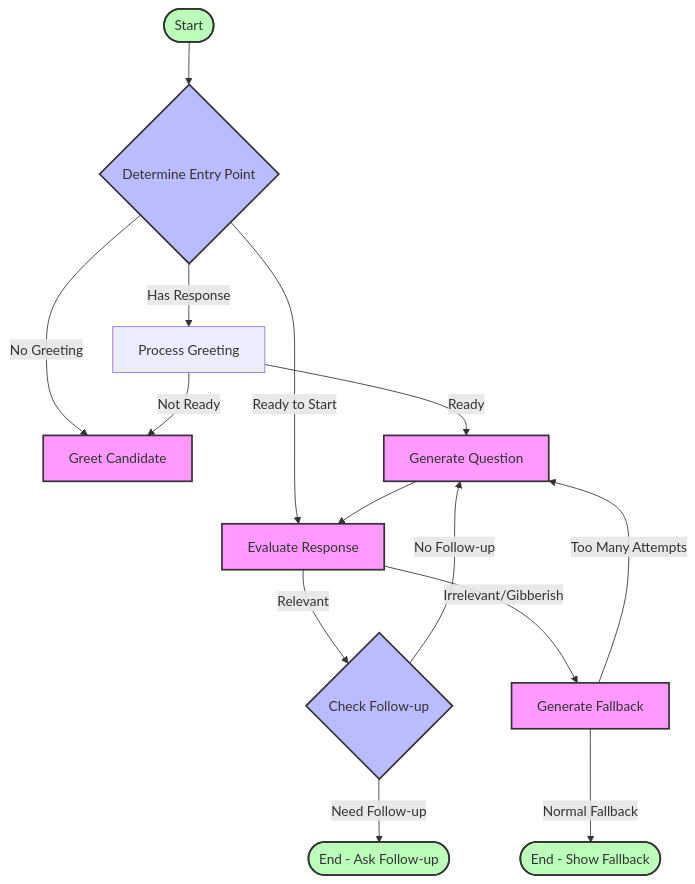
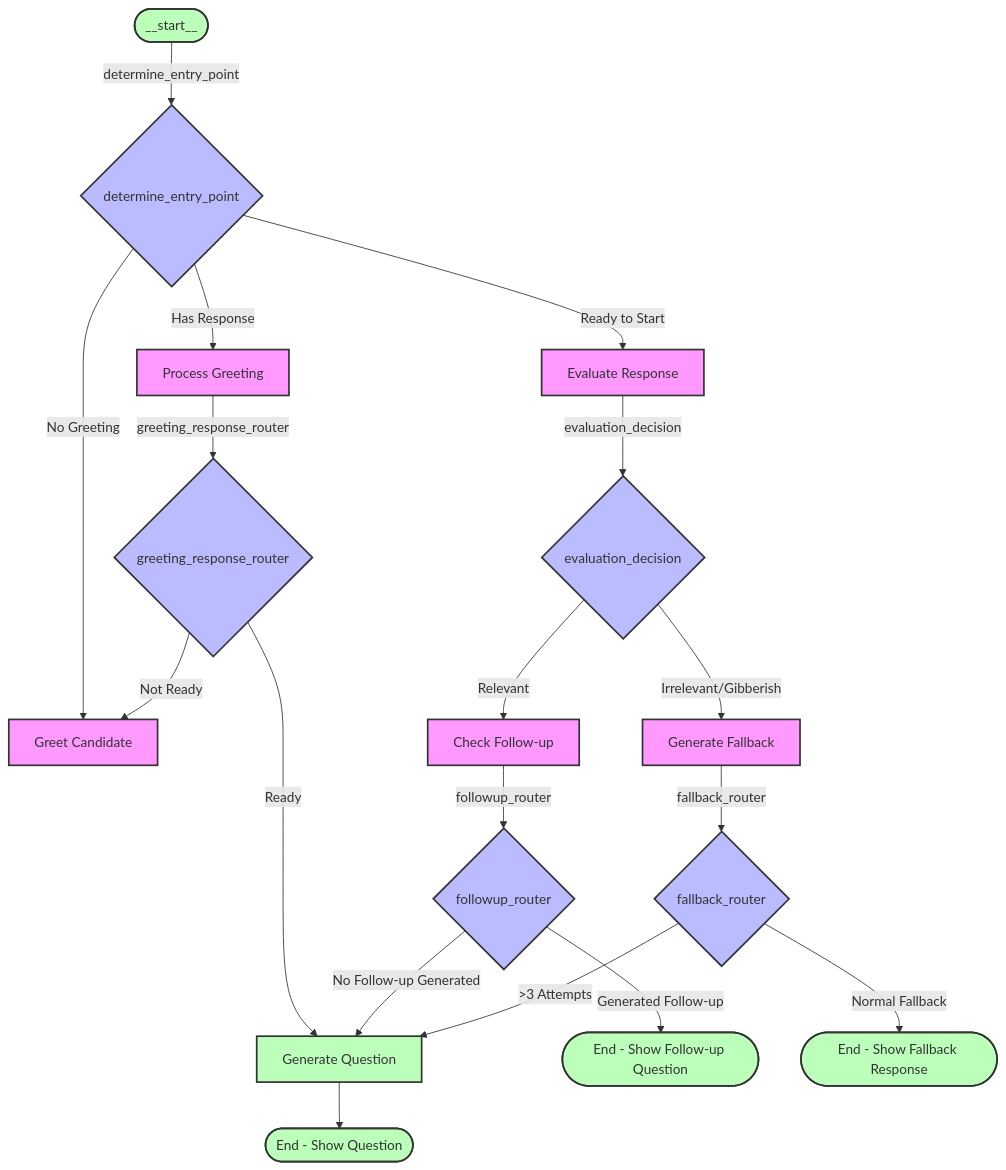
The diagram in README.md (PrakharPandey2729/interview-chatbot), drawn with Mermaid before and after one commit. The commit also changed other lines of this file, not shown here.

Commit message:
Fix LangGraph flow diagram: correct nodes and routing functions

````diff
--- a/README.md
+++ b/README.md
@@ -214,36 +210,40 @@
    ```mermaid
    graph TD
        %% Entry Points
-       Start([Start]) --> EntryPoint{Determine Entry Point}
+       Start([__start__]) -->|determine_entry_point| EntryRouter{determine_entry_point}
 
        %% Greeting Flow
-       EntryPoint -->|No Greeting| GreetCandidate[Greet Candidate]
-       EntryPoint -->|Has Response| GreetingResponse[Process Greeting]
-       EntryPoint -->|Ready to Start| Evaluator[Evaluate Response]
+       EntryRouter -->|No Greeting| GreetCandidate[Greet Candidate]
+       EntryRouter -->|Has Response| GreetingResponse[Process Greeting]
+       EntryRouter -->|Ready to Start| Evaluator[Evaluate Response]
 
        %% Greeting Response Flow
-       GreetingResponse -->|Not Ready| GreetCandidate
-       GreetingResponse -->|Ready| RickAgent[Generate Question]
+       GreetingResponse -->|greeting_response_router| GreetRouter{greeting_response_router}
+       GreetRouter -->|Not Ready| GreetCandidate
+       GreetRouter -->|Ready| RickAgent[Generate Question]
 
        %% Main Interview Flow
-       RickAgent --> Evaluator
-       Evaluator -->|Relevant| FollowUpCheck{Check Follow-up}
-       Evaluator -->|Irrelevant/Gibberish| FallbackAgent[Generate Fallback]
+       RickAgent --> End3([End - Show Question])
+       Evaluator -->|evaluation_decision| EvalRouter{evaluation_decision}
+       EvalRouter -->|Relevant| FollowUpCheck[Check Follow-up]
+       EvalRouter -->|Irrelevant/Gibberish| FallbackAgent[Generate Fallback]
 
        %% Follow-up Flow
-       FollowUpCheck -->|Need Follow-up| End1([End - Ask Follow-up])
-       FollowUpCheck -->|No Follow-up| RickAgent
+       FollowUpCheck -->|followup_router| FollowUpRouter{followup_router}
+       FollowUpRouter -->|Generated Follow-up| End1([End - Show Follow-up Question])
+       FollowUpRouter -->|No Follow-up Generated| RickAgent
 
        %% Fallback Flow
-       FallbackAgent -->|Too Many Attempts| RickAgent
-       FallbackAgent -->|Normal Fallback| End2([End - Show Fallback])
+       FallbackAgent -->|fallback_router| FallbackRouter{fallback_router}
+       FallbackRouter -->|>3 Attempts| RickAgent
+       FallbackRouter -->|Normal Fallback| End2([End - Show Fallback Response])
 
        %% Node Styles
        classDef process fill:#f9f,stroke:#333,stroke-width:2px
        classDef decision fill:#bbf,stroke:#333,stroke-width:2px
        classDef endpoint fill:#bfb,stroke:#333,stroke-width:2px
 
-       class GreetCandidate,RickAgent,Evaluator,FallbackAgent process
-       class EntryPoint,FollowUpCheck decision
-       class Start,End1,End2 endpoint
+       class GreetCandidate,Evaluator,GreetingResponse,FollowUpCheck,FallbackAgent process
+       class EntryRouter,GreetRouter,EvalRouter,FollowUpRouter,FallbackRouter decision
+       class Start,End1,End2,End3,RickAgent endpoint
    ```
````
